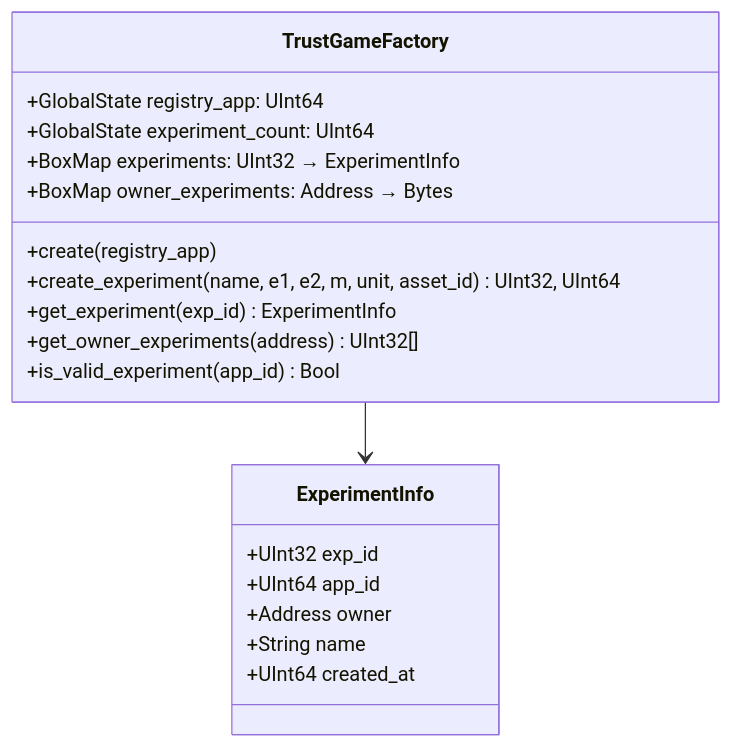
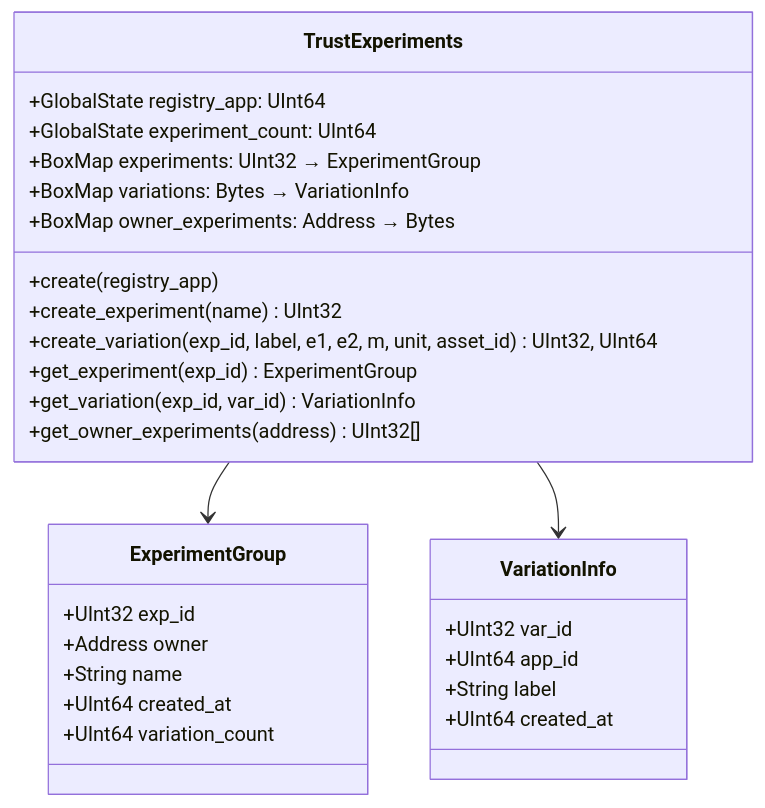
Before and after one commit to Open-Science-Blockchain-Economics/bx-hive: the third of 10 diagrams in docs/smart-contract-architecture.md, drawn with Mermaid. The commit also changed other lines of this file, not shown here.

````diff
--- a/docs/smart-contract-architecture.md
+++ b/docs/smart-contract-architecture.md
@@ -154,24 +135,34 @@
 ```mermaid
 classDiagram
-    class TrustGameFactory {
+    class TrustExperiments {
         +GlobalState registry_app: UInt64
         +GlobalState experiment_count: UInt64
-        +BoxMap experiments: UInt32 → ExperimentInfo
+        +BoxMap experiments: UInt32 → ExperimentGroup
+        +BoxMap variations: Bytes → VariationInfo
         +BoxMap owner_experiments: Address → Bytes
         +create(registry_app)
-        +create_experiment(name, e1, e2, m, unit, asset_id) UInt32, UInt64
-        +get_experiment(exp_id) ExperimentInfo
+        +create_experiment(name) UInt32
+        +create_variation(exp_id, label, e1, e2, m, unit, asset_id) UInt32, UInt64
+        +get_experiment(exp_id) ExperimentGroup
+        +get_variation(exp_id, var_id) VariationInfo
         +get_owner_experiments(address) UInt32[]
-        +is_valid_experiment(app_id) Bool
     }
 
-    class ExperimentInfo {
+    class ExperimentGroup {
         +UInt32 exp_id
-        +UInt64 app_id
         +Address owner
         +String name
         +UInt64 created_at
+        +UInt64 variation_count
     }
 
-    TrustGameFactory --> ExperimentInfo
+    class VariationInfo {
+        +UInt32 var_id
+        +UInt64 app_id
+        +String label
+        +UInt64 created_at
+    }
+
+    TrustExperiments --> ExperimentGroup
+    TrustExperiments --> VariationInfo
 ```
````
